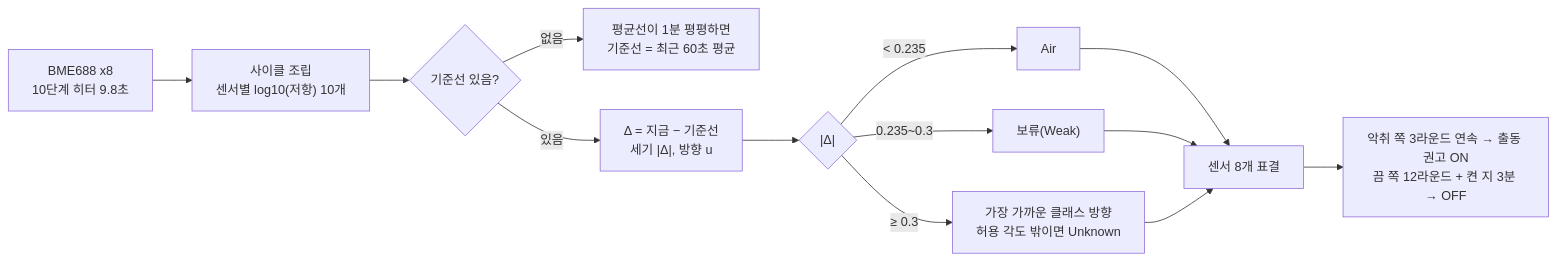
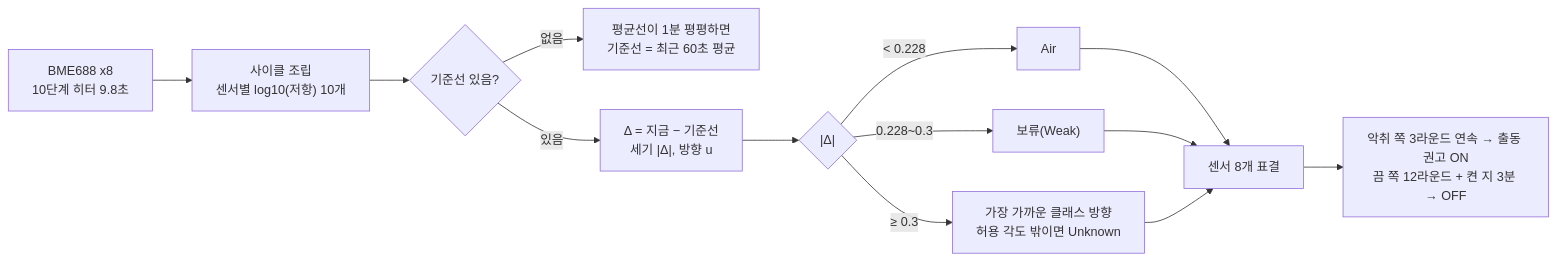
One commit to jjong102/THIRDIMPACT_capstone changed the diagram in ward_bme688/inference/README.md. Above: the diagram before and after it, drawn with Mermaid. The commit also changed other lines of this file and 39 other files, not shown here.

````diff
--- a/ward_bme688/inference/README.md
+++ b/ward_bme688/inference/README.md
@@ -20,13 +30,13 @@
 ```mermaid
 flowchart LR
   A["BME688 x8<br/>10단계 히터 9.8초"] --> B["사이클 조립<br/>센서별 log10(저항) 10개"]
   B --> C{"기준선 있음?"}
   C -- "없음" --> D["평균선이 1분 평평하면<br/>기준선 = 최근 60초 평균"]
   C -- "있음" --> E["Δ = 지금 − 기준선<br/>세기 |Δ|, 방향 u"]
   E --> F{"|Δ|"}
-  F -- "< 0.235" --> G["Air"]
-  F -- "0.235~0.3" --> H["보류(Weak)"]
+  F -- "< 0.228" --> G["Air"]
+  F -- "0.228~0.3" --> H["보류(Weak)"]
   F -- "≥ 0.3" --> I["가장 가까운 클래스 방향<br/>허용 각도 밖이면 Unknown"]
   G & H & I --> J["센서 8개 표결"]
   J --> K["악취 쪽 3라운드 연속 → 출동 권고 ON<br/>끔 쪽 12라운드 + 켠 지 3분 → OFF"]
 ```
````
